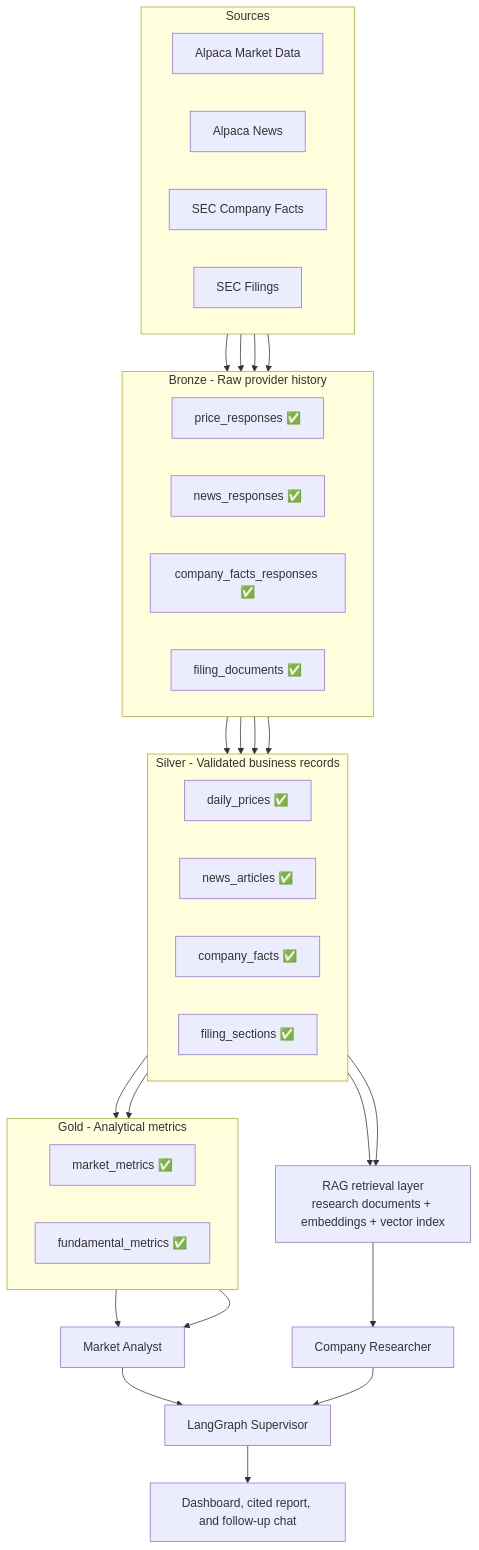
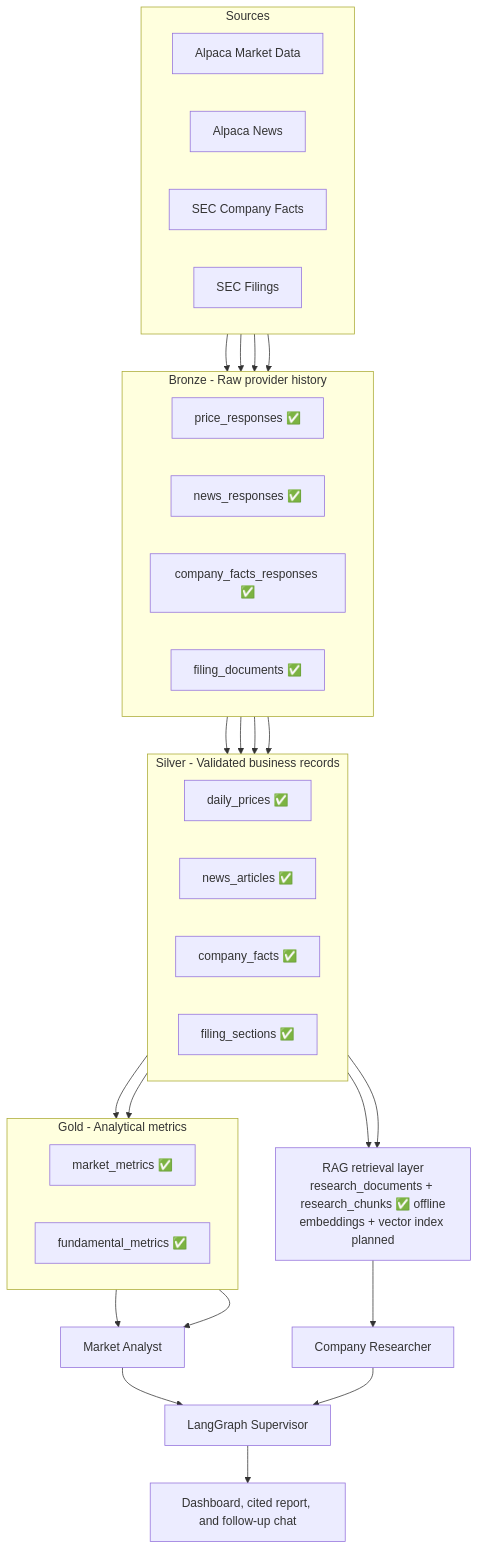
Before and after one commit to maghdam/multi-agent-equity-research-system-on-databricks: the diagram in README.md, drawn with Mermaid. The commit also changed other lines of this file and 3 other files, not shown here.

````diff
--- a/README.md
+++ b/README.md
@@ -45,46 +45,46 @@
 ```mermaid
 flowchart TB
     subgraph SRC["Sources"]
         direction LR
         A1["Alpaca Market Data"]
         A2["Alpaca News"]
         E1["SEC Company Facts"]
         E2["SEC Filings"]
     end
 
     subgraph B["Bronze - Raw provider history"]
         direction LR
         B1["price_responses ✅"]
         B2["news_responses ✅"]
         B3["company_facts_responses ✅"]
         B4["filing_documents ✅"]
     end
 
     subgraph S["Silver - Validated business records"]
         direction LR
         S1["daily_prices ✅"]
         S2["news_articles ✅"]
         S3["company_facts ✅"]
         S4["filing_sections ✅"]
     end
 
     subgraph G["Gold - Analytical metrics"]
         direction LR
         G1["market_metrics ✅"]
         G2["fundamental_metrics ✅"]
     end
 
-    R["RAG retrieval layer<br/>research documents + embeddings + vector index"]
+    R["RAG retrieval layer<br/>research_documents + research_chunks ✅ offline<br/>embeddings + vector index planned"]
 
     A1 --> B1 --> S1 --> G1
     A2 --> B2 --> S2 --> R
     E1 --> B3 --> S3 --> G2
     E2 --> B4 --> S4 --> R
 
     G1 --> M["Market Analyst"]
     G2 --> M
     R --> C["Company Researcher"]
     M --> P["LangGraph Supervisor"]
     C --> P
     P --> U["Dashboard, cited report, and follow-up chat"]
 ```
````
